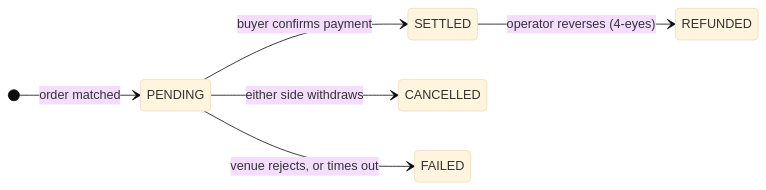
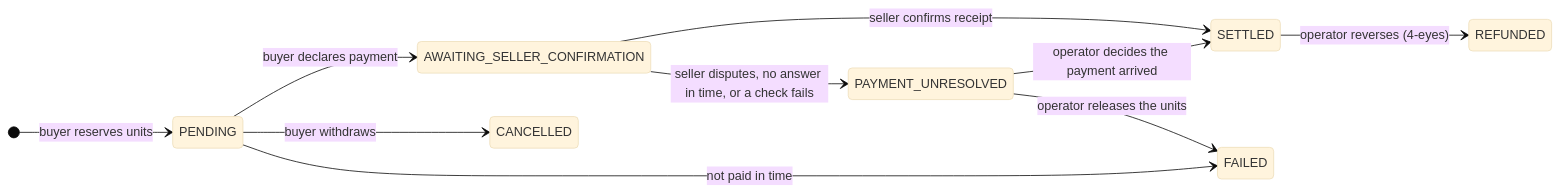
One commit to makibytes/registerwerk changed the diagram in docs/customer/lifecycle/secondary-market.md. Above: the diagram before and after it, drawn with Mermaid (base theme). The commit also changed other lines of this file and 297 other files, not shown here.

````diff
--- a/docs/customer/lifecycle/secondary-market.md
+++ b/docs/customer/lifecycle/secondary-market.md
@@ -89,9 +95,13 @@
 ```mermaid
 stateDiagram-v2
     direction LR
-    [*] --> PENDING: order matched
-    PENDING --> SETTLED: buyer confirms payment
-    PENDING --> CANCELLED: either side withdraws
-    PENDING --> FAILED: venue rejects, or times out
+    [*] --> PENDING: buyer reserves units
+    PENDING --> AWAITING_SELLER_CONFIRMATION: buyer declares payment
+    PENDING --> CANCELLED: buyer withdraws
+    PENDING --> FAILED: not paid in time
+    AWAITING_SELLER_CONFIRMATION --> SETTLED: seller confirms receipt
+    AWAITING_SELLER_CONFIRMATION --> PAYMENT_UNRESOLVED: seller disputes, no answer in time, or a check fails
+    PAYMENT_UNRESOLVED --> SETTLED: operator decides the payment arrived
+    PAYMENT_UNRESOLVED --> FAILED: operator releases the units
     SETTLED --> REFUNDED: operator reverses (4-eyes)
 ```
````
